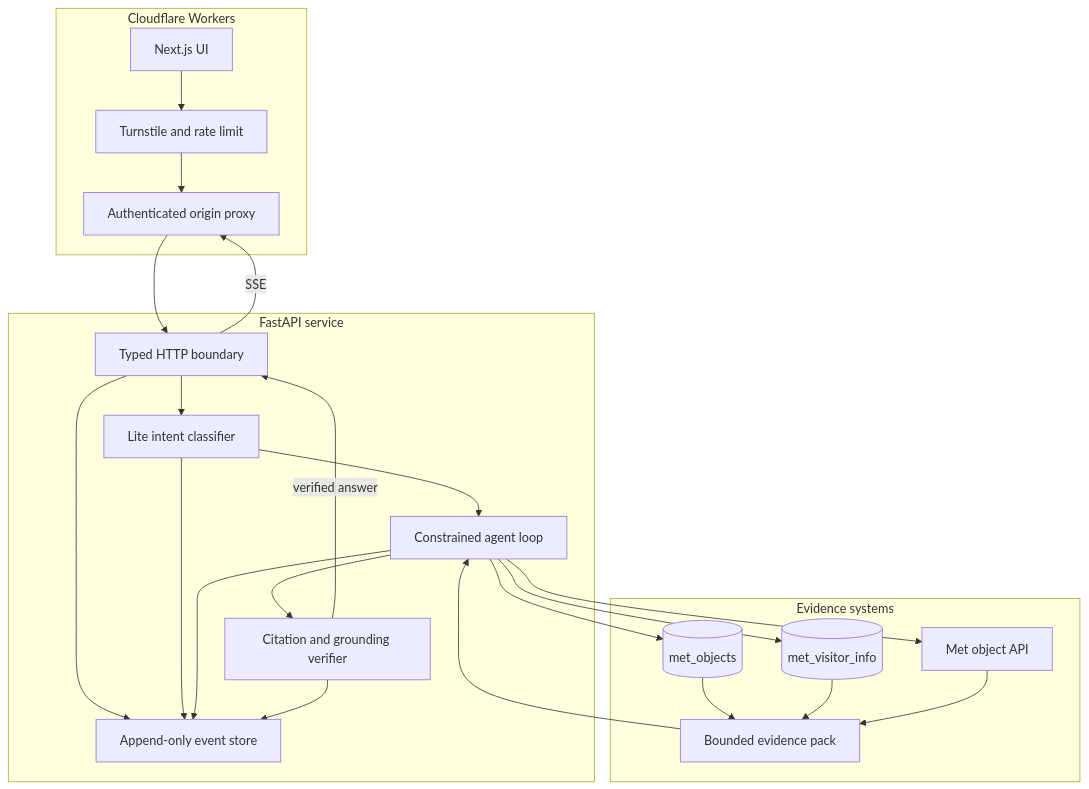
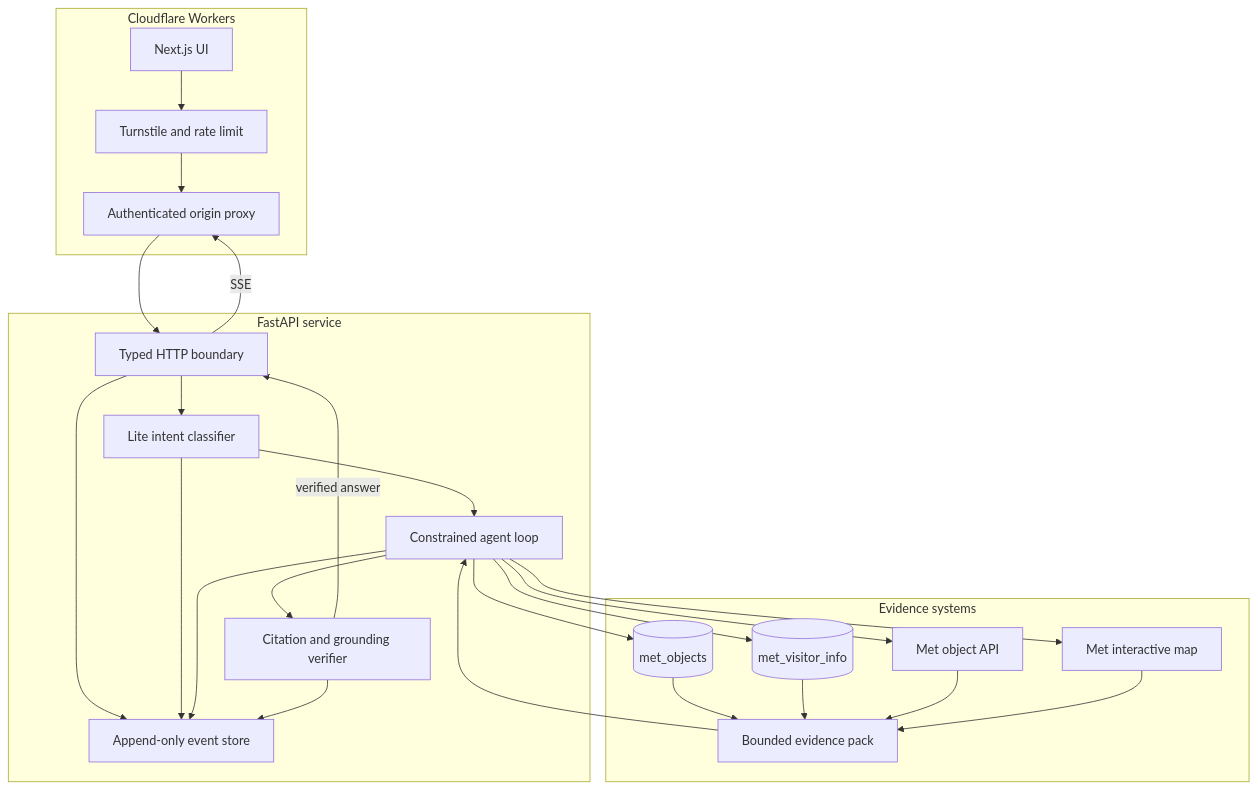
The diagram in docs/architecture.md (AjayKasu1/met-collection-agent), drawn with Mermaid before and after one commit. The commit also changed other lines of this file and 6 other files, not shown here.

````diff
--- a/docs/architecture.md
+++ b/docs/architecture.md
@@ -7,39 +7,42 @@
 ```mermaid
 flowchart TB
     subgraph Edge[Cloudflare Workers]
         UI[Next.js UI]
         Guard[Turnstile and rate limit]
         Proxy[Authenticated origin proxy]
         UI --> Guard --> Proxy
     end
 
     subgraph Service[FastAPI service]
         HTTP[Typed HTTP boundary]
         Intent[Lite intent classifier]
         Agent[Constrained agent loop]
         Verify[Citation and grounding verifier]
         Audit[Append-only event store]
         HTTP --> Intent --> Agent --> Verify
         HTTP --> Audit
         Intent --> Audit
         Agent --> Audit
         Verify --> Audit
     end
 
     subgraph Evidence[Evidence systems]
         Objects[(met_objects)]
         Visitors[(met_visitor_info)]
         Live[Met object API]
+        Map[Met interactive map]
         Objects --> Pack[Bounded evidence pack]
         Visitors --> Pack
         Live --> Pack
+        Map --> Pack
     end
 
     Proxy --> HTTP
     Agent --> Objects
     Agent --> Visitors
     Agent --> Live
+    Agent --> Map
     Pack --> Agent
     Verify -->|verified answer| HTTP
     HTTP -->|SSE| Proxy
 ```
````
